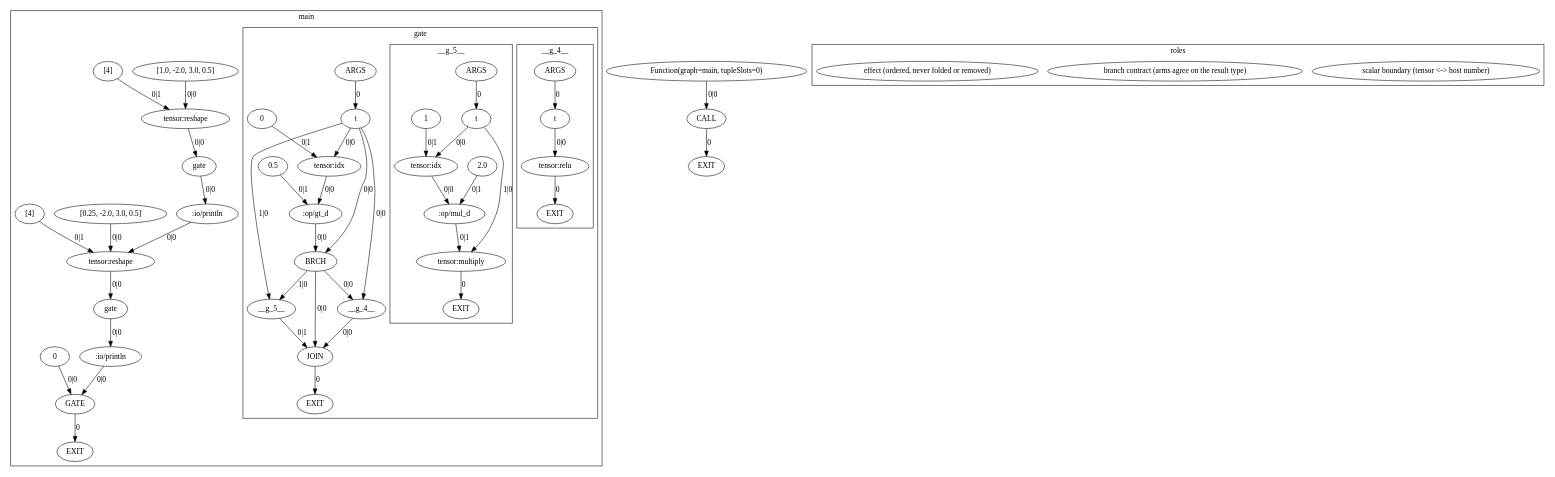
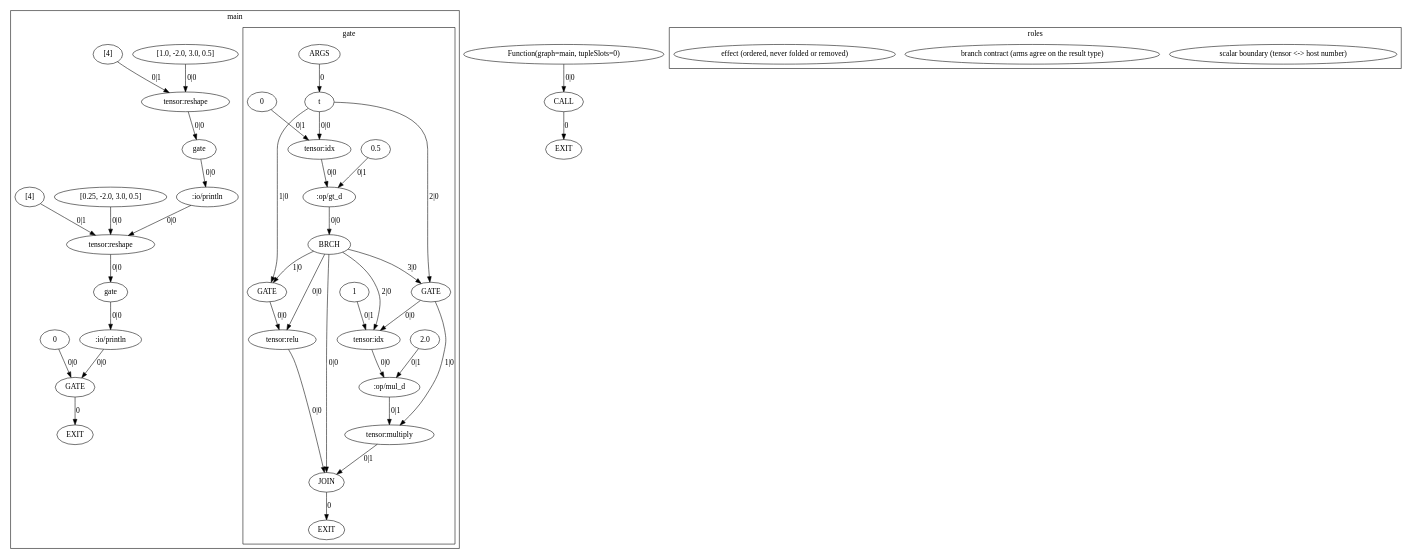
One commit to OpenCML/Camel changed the diagram in exemplars/01_scalar_boundary/expected/dump.agir.dot. Above: the diagram before and after it, drawn with Graphviz. The commit also changed 46 other files, not shown here.

```diff
--- a/exemplars/01_scalar_boundary/expected/dump.agir.dot
+++ b/exemplars/01_scalar_boundary/expected/dump.agir.dot
@@ -1,99 +1,84 @@
 digraph GraphIR {
     subgraph cluster_F01 {
         label="main";
         subgraph cluster_F02 {
             label="gate";
-            subgraph cluster_F03 {
-                label="__g_4__";
-                F03 [label="ARGS", type="ARGS"];
-                O03 [label="EXIT", type="EXIT"];
-                N00 [label="t", type="PORT", param_name="t", param_kind="capture", param_index="0", value_type="Tensor"];
-                N01 [label="tensor:relu", type="OPER", origin=206, span="11:30-11:34", srcfile="exemplars/01_scalar_boundary/program.cml", value_type="Tensor"];
-                F03 -> N00 [label="0", type="WITH_PORT"];
-                N01 -> O03 [label="0", type="EXIT"];
-                N00 -> N01 [label="0|0", type="NORM"];
-            }
-            subgraph cluster_F04 {
-                label="__g_5__";
-                F04 [label="ARGS", type="ARGS"];
-                O04 [label="EXIT", type="EXIT"];
-                N02 [label="t", type="PORT", param_name="t", param_kind="capture", param_index="0", value_type="Tensor"];
-                N03 [label="1", type="DATA", origin=211, span="11:50-11:51", srcfile="exemplars/01_scalar_boundary/program.cml", value_type="int"];
-                N04 [label="tensor:idx", type="OPER", role="scalar-boundary", origin=212, span="11:49-11:50", srcfile="exemplars/01_scalar_boundary/program.cml", value_type="float"];
-                N05 [label="2.0", type="DATA", origin=213, span="11:55-11:58", srcfile="exemplars/01_scalar_boundary/program.cml", value_type="float"];
-                N06 [label=":op/mul_d", type="OPER", origin=214, span="11:53-11:54", srcfile="exemplars/01_scalar_boundary/program.cml", value_type="float"];
-                N07 [label="tensor:multiply", type="OPER", role="scalar-boundary", origin=215, span="11:45-11:46", srcfile="exemplars/01_scalar_boundary/program.cml", value_type="Tensor"];
-                F04 -> N02 [label="0", type="WITH_PORT"];
-                N07 -> O04 [label="0", type="EXIT"];
-                N02 -> N04 [label="0|0", type="NORM"];
-                N03 -> N04 [label="0|1", type="NORM"];
-                N04 -> N06 [label="0|0", type="NORM"];
-                N05 -> N06 [label="0|1", type="NORM"];
-                N02 -> N07 [label="1|0", type="NORM"];
-                N06 -> N07 [label="0|1", type="NORM"];
-            }
             F02 [label="ARGS", type="ARGS"];
             O02 [label="EXIT", type="EXIT"];
-            N08 [label="t", type="PORT", param_name="t", param_kind="normal", param_index="0", value_type="Tensor"];
-            N09 [label="0", type="DATA", origin=198, span="11:16-11:17", srcfile="exemplars/01_scalar_boundary/program.cml", value_type="int"];
-            N0A [label="tensor:idx", type="OPER", role="scalar-boundary", origin=199, span="11:15-11:16", srcfile="exemplars/01_scalar_boundary/program.cml", value_type="float"];
-            N0B [label="0.5", type="DATA", origin=200, span="11:21-11:24", srcfile="exemplars/01_scalar_boundary/program.cml", value_type="float"];
-            N0C [label=":op/gt_d", type="OPER", origin=201, span="11:19-11:20", srcfile="exemplars/01_scalar_boundary/program.cml", value_type="bool"];
-            N0D [label="JOIN", type="JOIN", role="branch-contract", origin=203, span="11:11-11:59", srcfile="exemplars/01_scalar_boundary/program.cml", value_type="Tensor"];
-            N0E [label="BRCH", type="BRCH", origin=202, span="11:11-11:59", srcfile="exemplars/01_scalar_boundary/program.cml", value_type="int"];
-            N0F [label="__g_4__", type="FUNC", origin=204, span="11:30-11:37", srcfile="exemplars/01_scalar_boundary/program.cml", value_type="Tensor"];
-            N10 [label="__g_5__", type="FUNC", origin=207, span="11:43-11:59", srcfile="exemplars/01_scalar_boundary/program.cml", value_type="Tensor"];
-            F02 -> N08 [label="0", type="NORM_PORT"];
-            N0D -> O02 [label="0", type="EXIT"];
-            N08 -> N0A [label="0|0", type="NORM"];
+            N00 [label="t", type="PORT", param_name="t", param_kind="normal", param_index="0", value_type="Tensor"];
+            N01 [label="0", type="DATA", origin=198, span="11:16-11:17", srcfile="exemplars/01_scalar_boundary/program.cml", value_type="int"];
+            N02 [label="tensor:idx", type="OPER", role="scalar-boundary", origin=199, span="11:15-11:16", srcfile="exemplars/01_scalar_boundary/program.cml", value_type="float"];
+            N03 [label="0.5", type="DATA", origin=200, span="11:21-11:24", srcfile="exemplars/01_scalar_boundary/program.cml", value_type="float"];
+            N04 [label=":op/gt_d", type="OPER", origin=201, span="11:19-11:20", srcfile="exemplars/01_scalar_boundary/program.cml", value_type="bool"];
+            N05 [label="JOIN", type="JOIN", role="branch-contract", origin=203, span="11:11-11:59", srcfile="exemplars/01_scalar_boundary/program.cml", value_type="Tensor"];
+            N06 [label="BRCH", type="BRCH", origin=202, span="11:11-11:59", srcfile="exemplars/01_scalar_boundary/program.cml", value_type="int"];
+            N07 [label="tensor:relu", type="OPER", origin=206, span="11:30-11:34", srcfile="exemplars/01_scalar_boundary/program.cml", value_type="Tensor"];
+            N08 [label="GATE", type="GATE", value_type="Tensor"];
+            N09 [label="1", type="DATA", origin=211, span="11:50-11:51", srcfile="exemplars/01_scalar_boundary/program.cml", value_type="int"];
+            N0A [label="tensor:idx", type="OPER", role="scalar-boundary", origin=212, span="11:49-11:50", srcfile="exemplars/01_scalar_boundary/program.cml", value_type="float"];
+            N0B [label="2.0", type="DATA", origin=213, span="11:55-11:58", srcfile="exemplars/01_scalar_boundary/program.cml", value_type="float"];
+            N0C [label=":op/mul_d", type="OPER", origin=214, span="11:53-11:54", srcfile="exemplars/01_scalar_boundary/program.cml", value_type="float"];
+            N0D [label="tensor:multiply", type="OPER", role="scalar-boundary", origin=215, span="11:45-11:46", srcfile="exemplars/01_scalar_boundary/program.cml", value_type="Tensor"];
+            N0E [label="GATE", type="GATE", value_type="Tensor"];
+            F02 -> N00 [label="0", type="NORM_PORT"];
+            N05 -> O02 [label="0", type="EXIT"];
+            N00 -> N02 [label="0|0", type="NORM"];
+            N01 -> N02 [label="0|1", type="NORM"];
+            N02 -> N04 [label="0|0", type="NORM"];
+            N03 -> N04 [label="0|1", type="NORM"];
+            N07 -> N05 [label="0|0", type="WITH"];
+            N0D -> N05 [label="0|1", type="WITH"];
+            N06 -> N05 [label="0|0", type="NORM"];
+            N04 -> N06 [label="0|0", type="NORM"];
+            N08 -> N07 [label="0|0", type="NORM"];
+            N06 -> N07 [label="0|0", type="CTRL"];
+            N00 -> N08 [label="1|0", type="NORM"];
+            N06 -> N08 [label="1|0", type="CTRL"];
+            N0E -> N0A [label="0|0", type="NORM"];
             N09 -> N0A [label="0|1", type="NORM"];
+            N06 -> N0A [label="2|0", type="CTRL"];
             N0A -> N0C [label="0|0", type="NORM"];
             N0B -> N0C [label="0|1", type="NORM"];
-            N0F -> N0D [label="0|0", type="WITH"];
-            N10 -> N0D [label="0|1", type="WITH"];
-            N0E -> N0D [label="0|0", type="NORM"];
-            N0C -> N0E [label="0|0", type="NORM"];
-            N08 -> N0E [label="0|0", type="CTRL"];
-            N08 -> N0F [label="0|0", type="WITH"];
-            N0E -> N0F [label="0|0", type="CTRL"];
-            N08 -> N10 [label="1|0", type="WITH"];
-            N0E -> N10 [label="1|0", type="CTRL"];
+            N0E -> N0D [label="1|0", type="NORM"];
+            N0C -> N0D [label="0|1", type="NORM"];
+            N00 -> N0E [label="2|0", type="NORM"];
+            N06 -> N0E [label="3|0", type="CTRL"];
         }
         O01 [label="EXIT", type="EXIT"];
-        N11 [label="[1.0, -2.0, 3.0, 0.5]", type="DATA", origin=220, span="15:25-15:46", srcfile="exemplars/01_scalar_boundary/program.cml", value_type="float[]"];
-        N12 [label="[4]", type="DATA", origin=221, span="15:48-15:51", srcfile="exemplars/01_scalar_boundary/program.cml", value_type="int[]"];
-        N13 [label="tensor:reshape", type="OPER", origin=222, span="15:17-15:24", srcfile="exemplars/01_scalar_boundary/program.cml", value_type="Tensor<float32, [4]>"];
-        N14 [label="gate", type="FUNC", origin=223, span="15:12-15:53", srcfile="exemplars/01_scalar_boundary/program.cml", value_type="Tensor"];
-        N15 [label=":io/println", type="OPER", role="effect", origin=224, span="15:4-15:11", srcfile="exemplars/01_scalar_boundary/program.cml", value_type="Tensor"];
-        N16 [label="[0.25, -2.0, 3.0, 0.5]", type="DATA", origin=228, span="16:25-16:47", srcfile="exemplars/01_scalar_boundary/program.cml", value_type="float[]"];
-        N17 [label="[4]", type="DATA", origin=229, span="16:49-16:52", srcfile="exemplars/01_scalar_boundary/program.cml", value_type="int[]"];
-        N18 [label="tensor:reshape", type="OPER", origin=230, span="16:17-16:24", srcfile="exemplars/01_scalar_boundary/program.cml", value_type="Tensor<float32, [4]>"];
-        N19 [label="gate", type="FUNC", origin=231, span="16:12-16:54", srcfile="exemplars/01_scalar_boundary/program.cml", value_type="Tensor"];
-        N1A [label=":io/println", type="OPER", role="effect", origin=232, span="16:4-16:11", srcfile="exemplars/01_scalar_boundary/program.cml", value_type="Tensor"];
-        N1B [label="0", type="DATA", origin=233, span="17:11-17:12", srcfile="exemplars/01_scalar_boundary/program.cml", value_type="int"];
-        N1C [label="GATE", type="GATE", value_type="int"];
-        N1C -> O01 [label="0", type="EXIT"];
-        N11 -> N13 [label="0|0", type="NORM"];
-        N12 -> N13 [label="0|1", type="NORM"];
-        N13 -> N14 [label="0|0", type="NORM"];
-        N14 -> N15 [label="0|0", type="NORM"];
-        N16 -> N18 [label="0|0", type="NORM"];
-        N17 -> N18 [label="0|1", type="NORM"];
-        N15 -> N18 [label="0|0", type="CTRL"];
-        N18 -> N19 [label="0|0", type="NORM"];
+        N0F [label="[1.0, -2.0, 3.0, 0.5]", type="DATA", origin=220, span="15:25-15:46", srcfile="exemplars/01_scalar_boundary/program.cml", value_type="float[]"];
+        N10 [label="[4]", type="DATA", origin=221, span="15:48-15:51", srcfile="exemplars/01_scalar_boundary/program.cml", value_type="int[]"];
+        N11 [label="tensor:reshape", type="OPER", origin=222, span="15:17-15:24", srcfile="exemplars/01_scalar_boundary/program.cml", value_type="Tensor<float32, [4]>"];
+        N12 [label="gate", type="FUNC", origin=223, span="15:12-15:53", srcfile="exemplars/01_scalar_boundary/program.cml", value_type="Tensor"];
+        N13 [label=":io/println", type="OPER", role="effect", origin=224, span="15:4-15:11", srcfile="exemplars/01_scalar_boundary/program.cml", value_type="Tensor"];
+        N14 [label="[0.25, -2.0, 3.0, 0.5]", type="DATA", origin=228, span="16:25-16:47", srcfile="exemplars/01_scalar_boundary/program.cml", value_type="float[]"];
+        N15 [label="[4]", type="DATA", origin=229, span="16:49-16:52", srcfile="exemplars/01_scalar_boundary/program.cml", value_type="int[]"];
+        N16 [label="tensor:reshape", type="OPER", origin=230, span="16:17-16:24", srcfile="exemplars/01_scalar_boundary/program.cml", value_type="Tensor<float32, [4]>"];
+        N17 [label="gate", type="FUNC", origin=231, span="16:12-16:54", srcfile="exemplars/01_scalar_boundary/program.cml", value_type="Tensor"];
+        N18 [label=":io/println", type="OPER", role="effect", origin=232, span="16:4-16:11", srcfile="exemplars/01_scalar_boundary/program.cml", value_type="Tensor"];
+        N19 [label="0", type="DATA", origin=233, span="17:11-17:12", srcfile="exemplars/01_scalar_boundary/program.cml", value_type="int"];
+        N1A [label="GATE", type="GATE", value_type="int"];
+        N1A -> O01 [label="0", type="EXIT"];
+        N0F -> N11 [label="0|0", type="NORM"];
+        N10 -> N11 [label="0|1", type="NORM"];
+        N11 -> N12 [label="0|0", type="NORM"];
+        N12 -> N13 [label="0|0", type="NORM"];
+        N14 -> N16 [label="0|0", type="NORM"];
+        N15 -> N16 [label="0|1", type="NORM"];
+        N13 -> N16 [label="0|0", type="CTRL"];
+        N16 -> N17 [label="0|0", type="NORM"];
+        N17 -> N18 [label="0|0", type="NORM"];
         N19 -> N1A [label="0|0", type="NORM"];
-        N1B -> N1C [label="0|0", type="NORM"];
-        N1A -> N1C [label="0|0", type="CTRL"];
+        N18 -> N1A [label="0|0", type="CTRL"];
     }
     O00 [label="EXIT", type="EXIT"];
-    N1D [label="Function(graph=main, tupleSlots=0)", type="DATA", origin=216, span="14:0-18:1", srcfile="exemplars/01_scalar_boundary/program.cml", value_type="() => int"];
-    N1E [label="CALL", type="CALL", value_type="int"];
-    N1E -> O00 [label="0", type="EXIT"];
-    N1D -> N1E [label="0|0", type="WITH"];
+    N1B [label="Function(graph=main, tupleSlots=0)", type="DATA", origin=216, span="14:0-18:1", srcfile="exemplars/01_scalar_boundary/program.cml", value_type="() => int"];
+    N1C [label="CALL", type="CALL", value_type="int"];
+    N1C -> O00 [label="0", type="EXIT"];
+    N1B -> N1C [label="0|0", type="WITH"];
     subgraph cluster_legend {
         label="roles";
         "legend_scalar-boundary" [label="scalar boundary (tensor <-> host number)", type="LEGEND", role="scalar-boundary"];
         "legend_branch-contract" [label="branch contract (arms agree on the result type)", type="LEGEND", role="branch-contract"];
         "legend_effect" [label="effect (ordered, never folded or removed)", type="LEGEND", role="effect"];
     }
 }
```
